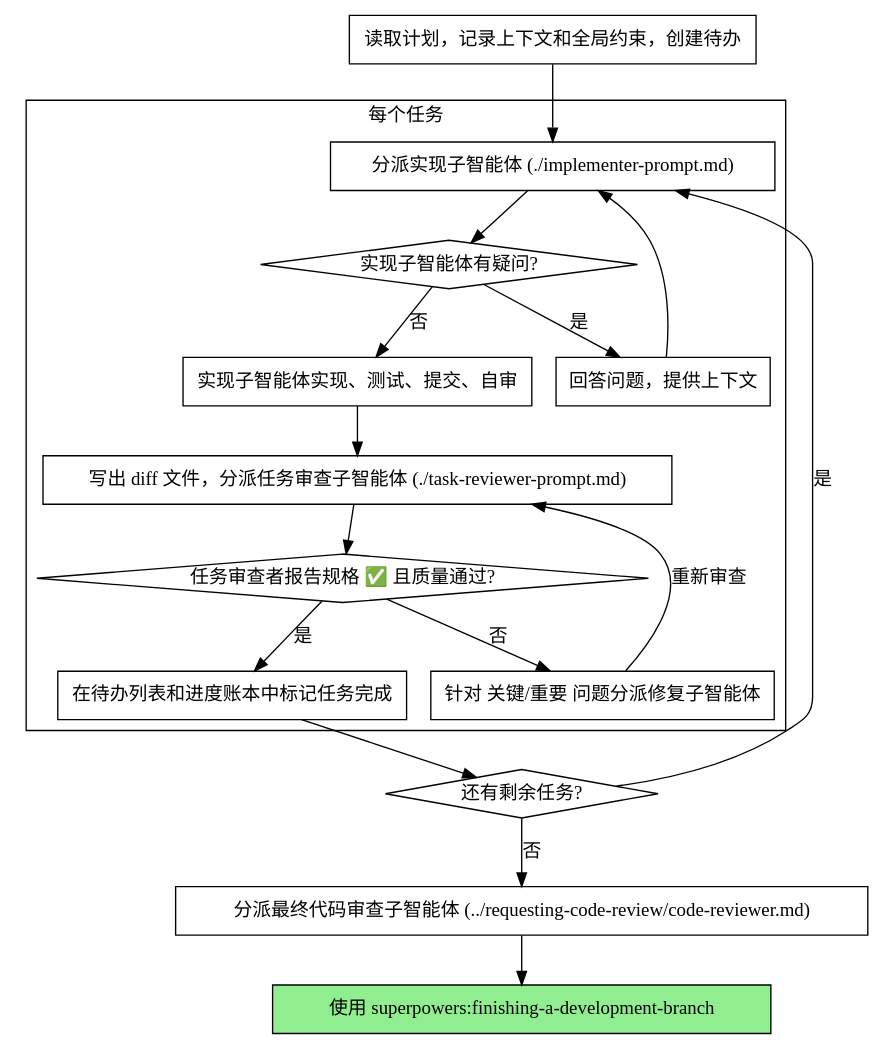
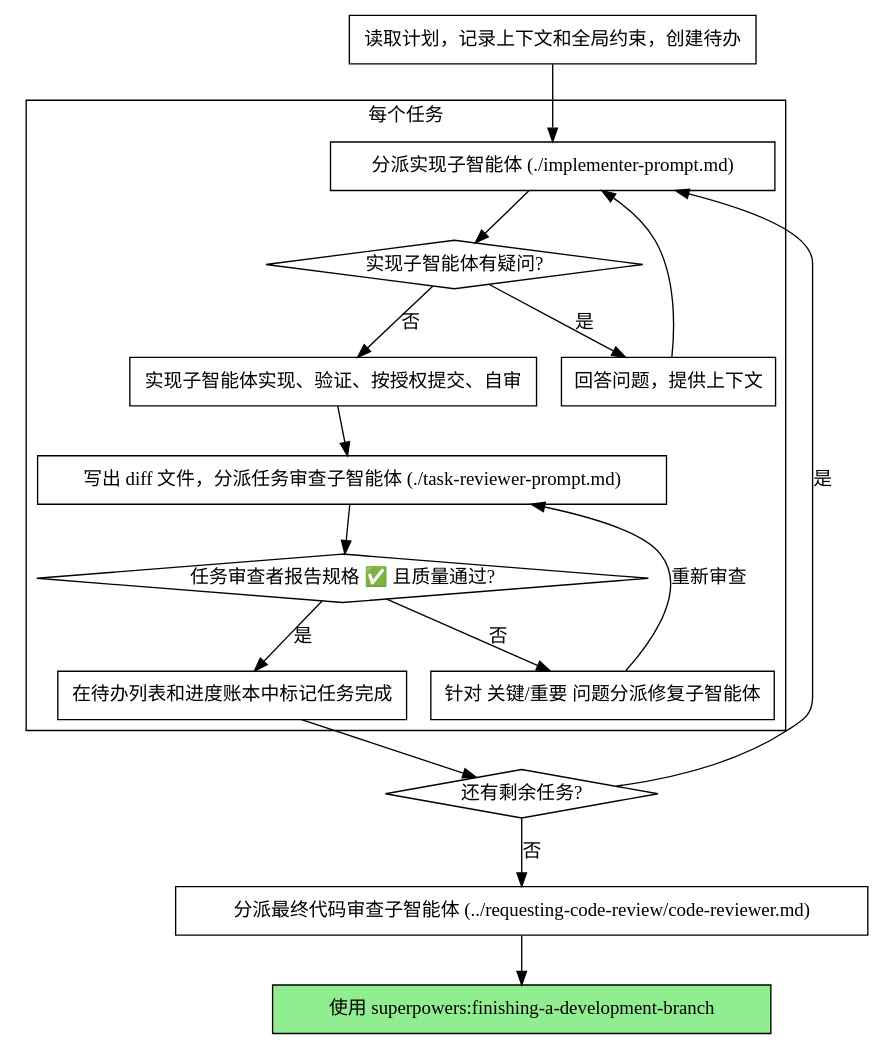
One commit to vapor19920414-art/superpowers-zh-codex changed the second of 2 diagrams in subagent-driven-development/SKILL.md. Above: the diagram before and after it, drawn with Graphviz. The commit also changed other lines of this file and 22 other files, not shown here.

````diff
--- a/subagent-driven-development/SKILL.md
+++ b/subagent-driven-development/SKILL.md
@@ -51,37 +51,37 @@
 ```dot
 digraph process {
     rankdir=TB;
 
     subgraph cluster_per_task {
         label="每个任务";
         "分派实现子智能体 (./implementer-prompt.md)" [shape=box];
         "实现子智能体有疑问?" [shape=diamond];
         "回答问题，提供上下文" [shape=box];
-        "实现子智能体实现、测试、提交、自审" [shape=box];
+        "实现子智能体实现、验证、按授权提交、自审" [shape=box];
         "写出 diff 文件，分派任务审查子智能体 (./task-reviewer-prompt.md)" [shape=box];
         "任务审查者报告规格 ✅ 且质量通过?" [shape=diamond];
         "针对 关键/重要 问题分派修复子智能体" [shape=box];
         "在待办列表和进度账本中标记任务完成" [shape=box];
     }
 
     "读取计划，记录上下文和全局约束，创建待办" [shape=box];
     "还有剩余任务?" [shape=diamond];
     "分派最终代码审查子智能体 (../requesting-code-review/code-reviewer.md)" [shape=box];
     "使用 superpowers:finishing-a-development-branch" [shape=box style=filled fillcolor=lightgreen];
 
     "读取计划，记录上下文和全局约束，创建待办" -> "分派实现子智能体 (./implementer-prompt.md)";
     "分派实现子智能体 (./implementer-prompt.md)" -> "实现子智能体有疑问?";
     "实现子智能体有疑问?" -> "回答问题，提供上下文" [label="是"];
     "回答问题，提供上下文" -> "分派实现子智能体 (./implementer-prompt.md)";
-    "实现子智能体有疑问?" -> "实现子智能体实现、测试、提交、自审" [label="否"];
-    "实现子智能体实现、测试、提交、自审" -> "写出 diff 文件，分派任务审查子智能体 (./task-reviewer-prompt.md)";
+    "实现子智能体有疑问?" -> "实现子智能体实现、验证、按授权提交、自审" [label="否"];
+    "实现子智能体实现、验证、按授权提交、自审" -> "写出 diff 文件，分派任务审查子智能体 (./task-reviewer-prompt.md)";
     "写出 diff 文件，分派任务审查子智能体 (./task-reviewer-prompt.md)" -> "任务审查者报告规格 ✅ 且质量通过?";
     "任务审查者报告规格 ✅ 且质量通过?" -> "针对 关键/重要 问题分派修复子智能体" [label="否"];
     "针对 关键/重要 问题分派修复子智能体" -> "写出 diff 文件，分派任务审查子智能体 (./task-reviewer-prompt.md)" [label="重新审查"];
     "任务审查者报告规格 ✅ 且质量通过?" -> "在待办列表和进度账本中标记任务完成" [label="是"];
     "在待办列表和进度账本中标记任务完成" -> "还有剩余任务?";
     "还有剩余任务?" -> "分派实现子智能体 (./implementer-prompt.md)" [label="是"];
     "还有剩余任务?" -> "分派最终代码审查子智能体 (../requesting-code-review/code-reviewer.md)" [label="否"];
     "分派最终代码审查子智能体 (../requesting-code-review/code-reviewer.md)" -> "使用 superpowers:finishing-a-development-branch";
 }
 ```
````
